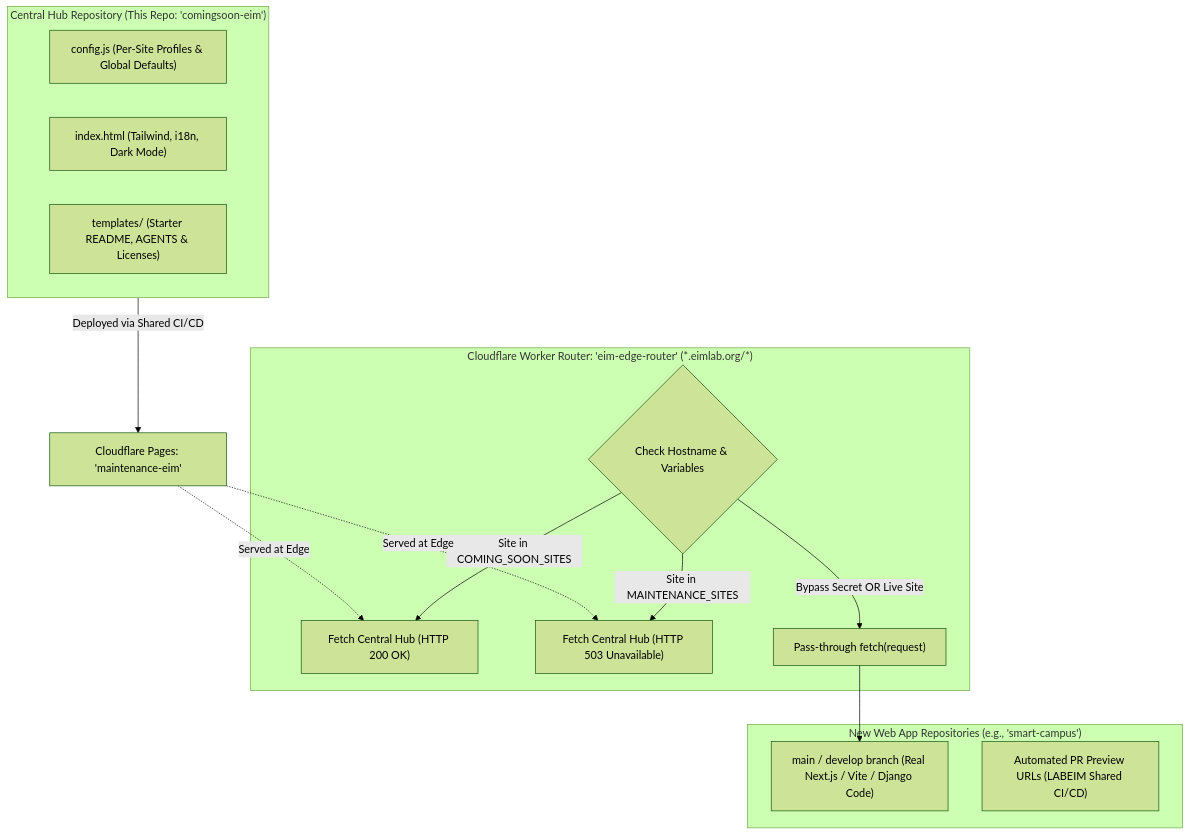
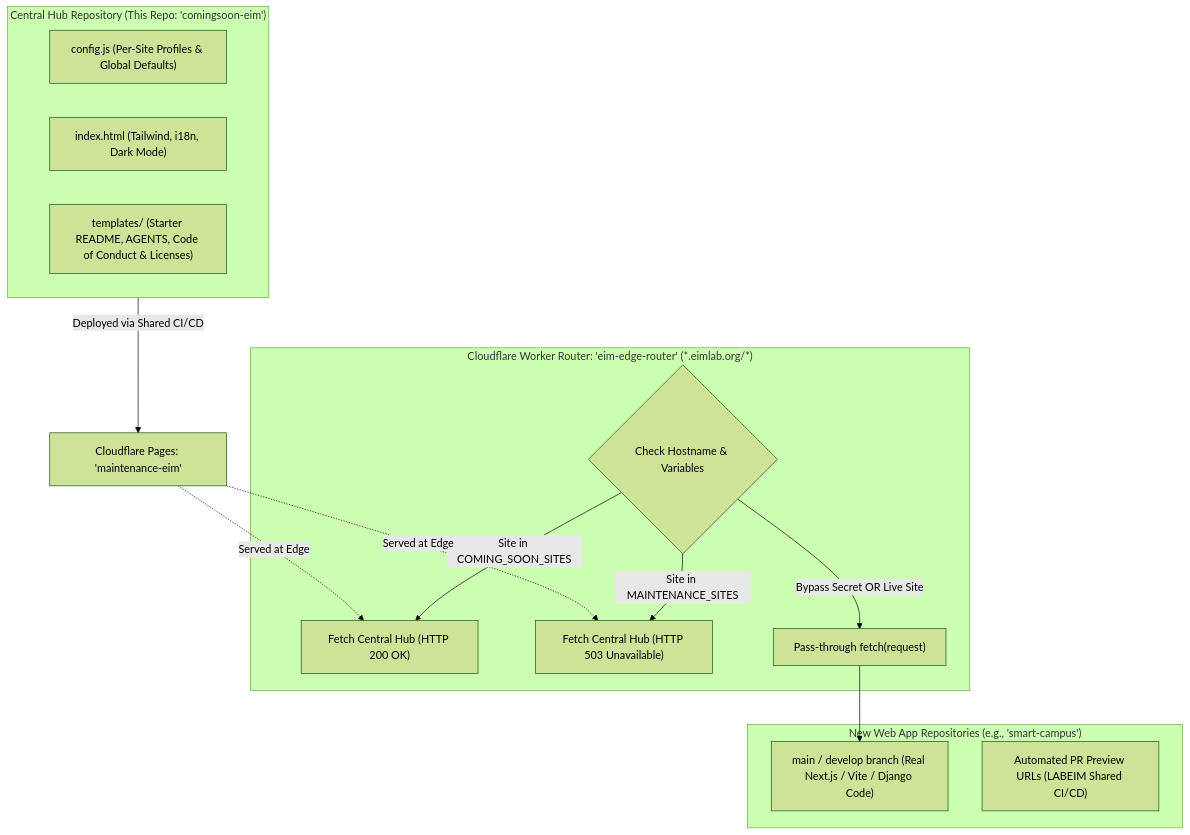
The diagram in SETUP.md (LABEIM/Maintain-EIM), drawn with Mermaid (forest theme) before and after one commit. The commit also changed other lines of this file and 7 other files, not shown here.

````diff
--- a/SETUP.md
+++ b/SETUP.md
@@ -11,25 +11,25 @@
 ```mermaid
 flowchart TD
     subgraph Central_Hub ["Central Hub Repository (This Repo: 'comingsoon-eim')"]
         CONFIG["config.js (Per-Site Profiles & Global Defaults)"]
         HTML["index.html (Tailwind, i18n, Dark Mode)"]
-        TEMPLATES["templates/ (Starter README, AGENTS & Licenses)"]
+        TEMPLATES["templates/ (Starter README, AGENTS, Code of Conduct & Licenses)"]
     end
 
     subgraph Edge_Gateway ["Cloudflare Worker Router: 'eim-edge-router' (*.eimlab.org/*)"]
         ROUTER{"Check Hostname & Variables"}
         ROUTER -->|Site in COMING_SOON_SITES| CS_RES["Fetch Central Hub (HTTP 200 OK)"]
         ROUTER -->|Site in MAINTENANCE_SITES| MT_RES["Fetch Central Hub (HTTP 503 Unavailable)"]
         ROUTER -->|Bypass Secret OR Live Site| APP_RES["Pass-through fetch(request)"]
     end
 
     subgraph App_Repos ["New Web App Repositories (e.g., 'smart-campus')"]
         MAIN["main / develop branch (Real Next.js / Vite / Django Code)"]
         PR_PREVIEW["Automated PR Preview URLs (LABEIM Shared CI/CD)"]
     end
 
     Central_Hub -->|Deployed via Shared CI/CD| CF_HUB["Cloudflare Pages: 'maintenance-eim'"]
     CF_HUB -.->|Served at Edge| CS_RES
     CF_HUB -.->|Served at Edge| MT_RES
     APP_RES --> MAIN
 ```
````
